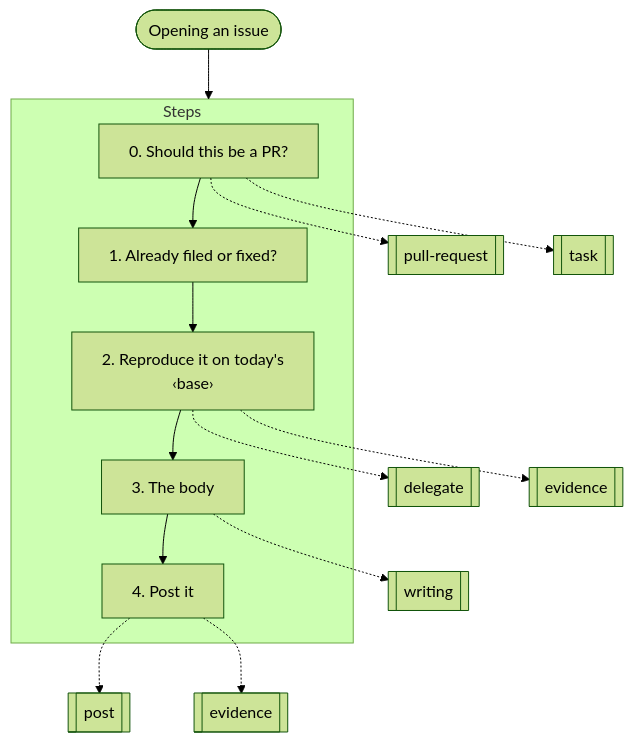
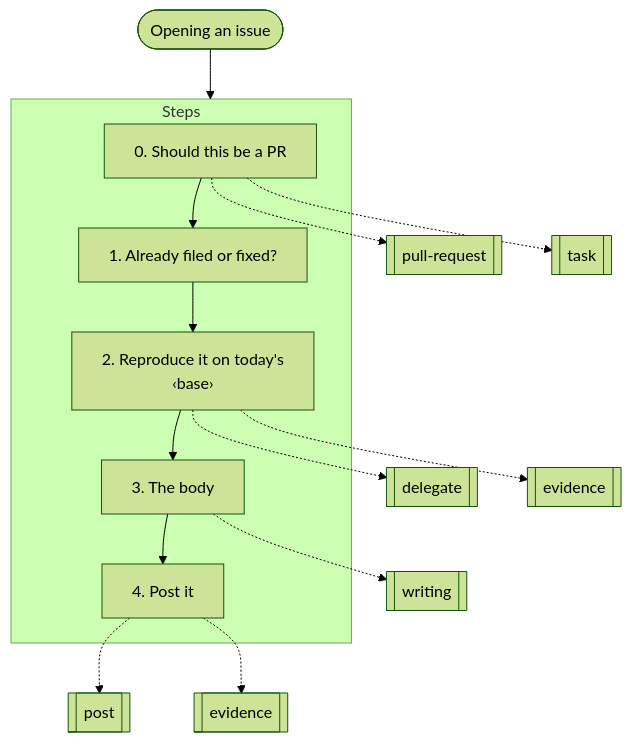
One commit to nitedani/mergeworthy changed the sixth of 19 diagrams in docs/graphs.md. Above: the diagram before and after it, drawn with Mermaid (forest theme). The commit also changed other lines of this file and 12 other files, not shown here.

````diff
--- a/docs/graphs.md
+++ b/docs/graphs.md
@@ -158,23 +159,23 @@
 ```mermaid
 flowchart TB
   start(["Opening an issue"])
   subgraph g0["Steps"]
-    s0["0. Should this be a PR?"]
+    s0["0. Should this be a PR"]
     s1["1. Already filed or fixed?"]
     s0 --> s1
     s2["2. Reproduce it on today's<br/>‹base›"]
     s1 --> s2
     s3["3. The body"]
     s2 --> s3
     s4["4. Post it"]
     s3 --> s4
   end
   s0 -.-> r1[["pull-request"]]
   s0 -.-> r2[["task"]]
   s2 -.-> r3[["delegate"]]
   s2 -.-> r4[["evidence"]]
   s3 -.-> r5[["writing"]]
   s4 -.-> r6[["post"]]
   s4 -.-> r7[["evidence"]]
   start --> g0
 ```
````
